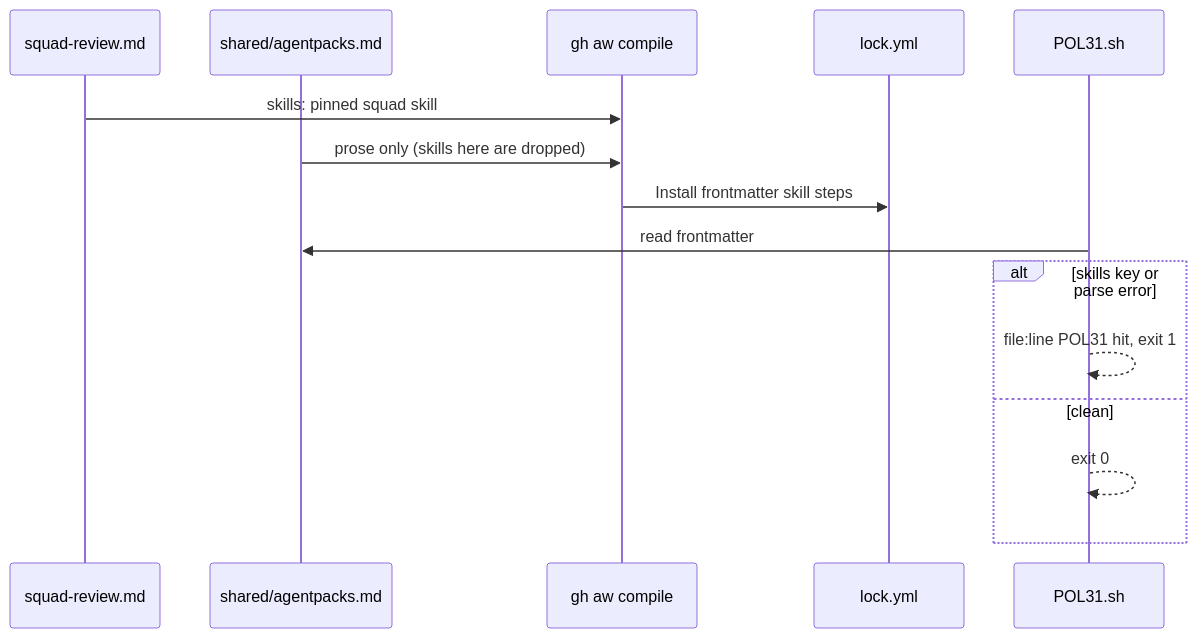
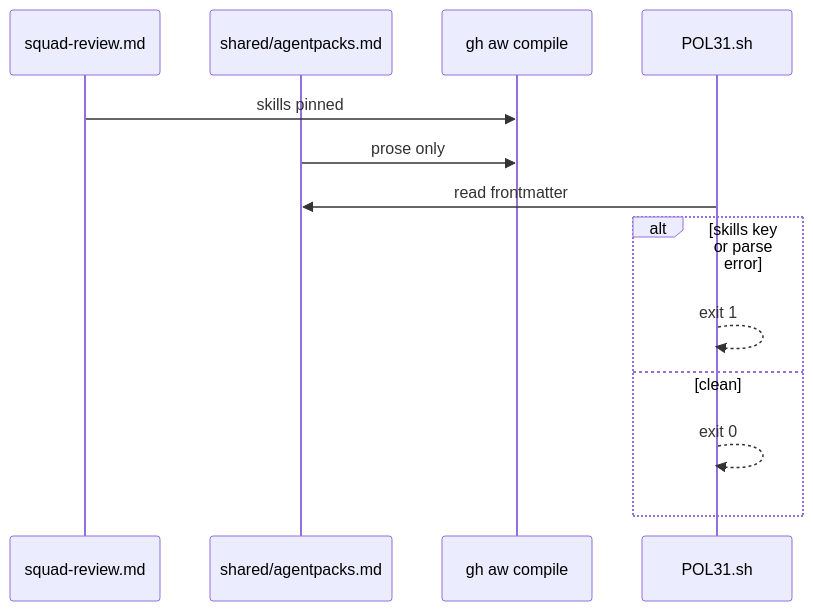
One commit to svennijhuis/agentic-workflows changed the first of 2 diagrams in docs/pbi/done/C12b-skills-in-main-workflow.md. Above: the diagram before and after it, drawn with Mermaid. The commit also changed other lines of this file and 986 other files, not shown here.

````diff
--- a/docs/pbi/done/C12b-skills-in-main-workflow.md
+++ b/docs/pbi/done/C12b-skills-in-main-workflow.md
@@ -42,17 +37,15 @@
 ```mermaid
 sequenceDiagram
   participant M as squad-review.md
   participant S as shared/agentpacks.md
   participant C as gh aw compile
-  participant L as lock.yml
   participant P as POL31.sh
-  M->>C: skills: pinned squad skill
-  S->>C: prose only (skills here are dropped)
-  C->>L: Install frontmatter skill steps
+  M->>C: skills pinned
+  S->>C: prose only
   P->>S: read frontmatter
   alt skills key or parse error
-    P-->>P: file:line POL31 hit, exit 1
+    P-->>P: exit 1
   else clean
     P-->>P: exit 0
   end
 ```
````
